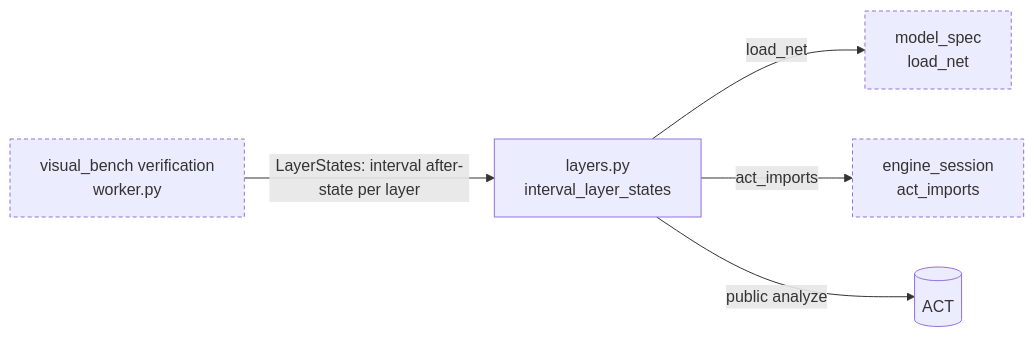
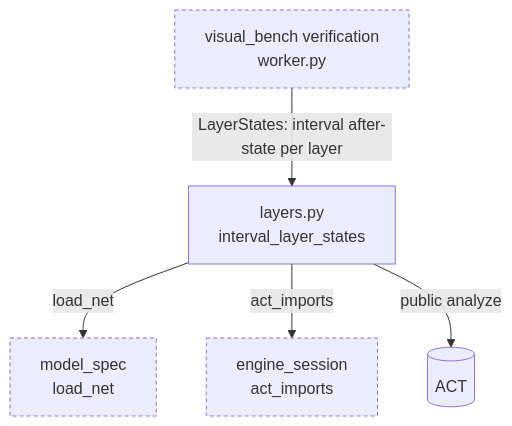
The diagram in engine_bridge/inspection/README.md (SVF-tools/ACT-GUI), drawn with Mermaid before and after one commit. The commit also changed 17 other files, not shown here.

Commit message:
lay out the README flow diagrams top-down so they stay legible on GitHub

````diff
--- a/engine_bridge/inspection/README.md
+++ b/engine_bridge/inspection/README.md
@@ -21,12 +21,12 @@
 ```mermaid
-flowchart LR
+flowchart TB
   classDef ext stroke-dasharray: 4 3
   W["visual_bench verification<br/>worker.py"]:::ext
   MS["model_spec<br/>load_net"]:::ext
   ES["engine_session<br/>act_imports"]:::ext
   L["layers.py<br/>interval_layer_states"]
   W -- "LayerStates: interval after-state per layer" --> L
   L -- "load_net" --> MS
   L -- "act_imports" --> ES
   L -- "public analyze" --> ACT[("ACT")]
 ```
````
